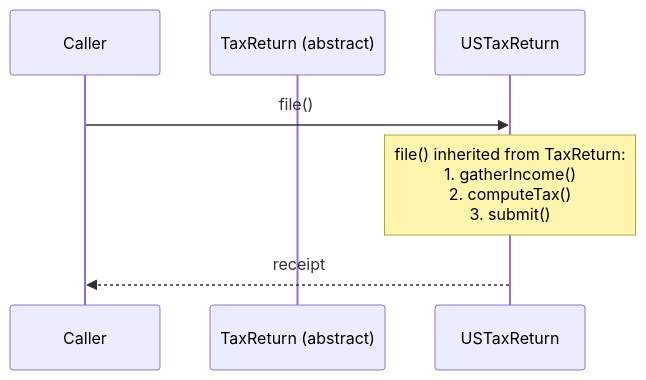
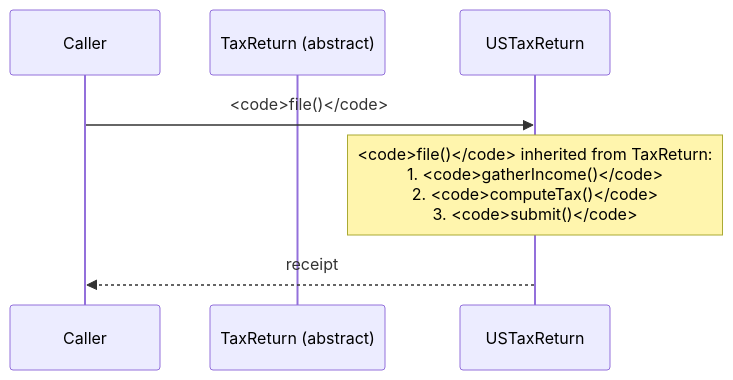
Before and after one commit to dataslope/dataslope: the second of 2 diagrams in content/courses/oop-blueprint-java/abstract-classes.mdx, drawn with Mermaid. The commit also changed 65 other files, not shown here.

First line of the commit message:
Set code in every mermaid label in the mono face

````diff
--- a/content/courses/oop-blueprint-java/abstract-classes.mdx
+++ b/content/courses/oop-blueprint-java/abstract-classes.mdx
@@ -149,10 +149,10 @@
 ```mermaid
 sequenceDiagram
     participant Caller
     participant TaxReturn as TaxReturn (abstract)
     participant Concrete as USTaxReturn
 
-    Caller->>Concrete: file()
-    Note over Concrete: file() inherited from TaxReturn:<br/>1. gatherIncome()<br/>2. computeTax()<br/>3. submit()
+    Caller->>Concrete: <code>file()</code>
+    Note over Concrete: <code>file()</code> inherited from TaxReturn:<br/>1. <code>gatherIncome()</code><br/>2. <code>computeTax()</code><br/>3. <code>submit()</code>
     Concrete-->>Caller: receipt
 ```
````
